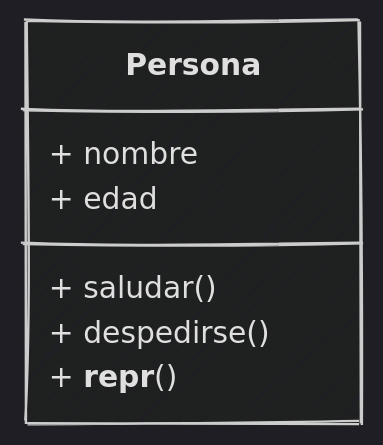
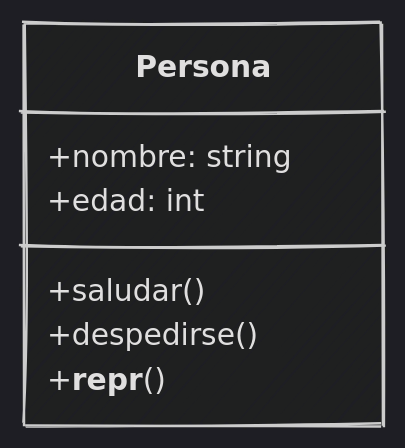
One commit to python-la-paz/python-study-group-oop changed the third of 18 diagrams in content/sesion08/Readme.md. Above: the diagram before and after it, drawn with Mermaid. The commit also changed other lines of this file and 2 other files, not shown here.

````diff
--- a/content/sesion08/Readme.md
+++ b/content/sesion08/Readme.md
@@ -528,11 +559,11 @@
 ```mermaid
 %%{init: {"theme": "dark", "look": "handDrawn"  }}%%
 classDiagram
     class Persona {
-        + nombre
-        + edad
-        + saludar()
-        + despedirse()
-        + __repr__()
+        +nombre: string
+        +edad: int
+        +saludar()
+        +despedirse()
+        +__repr__()
     }
-```	
+```
````
